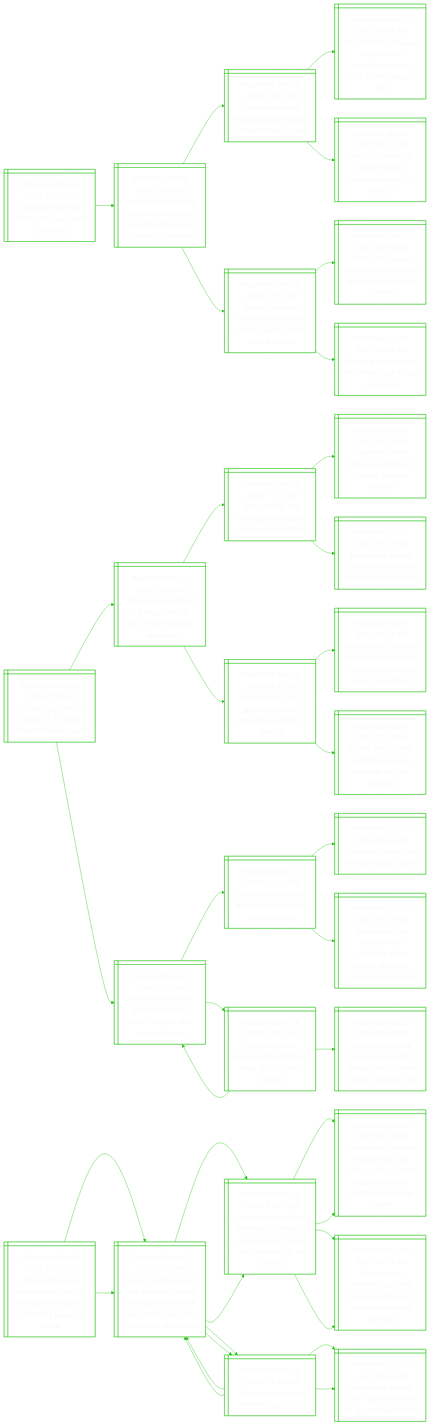
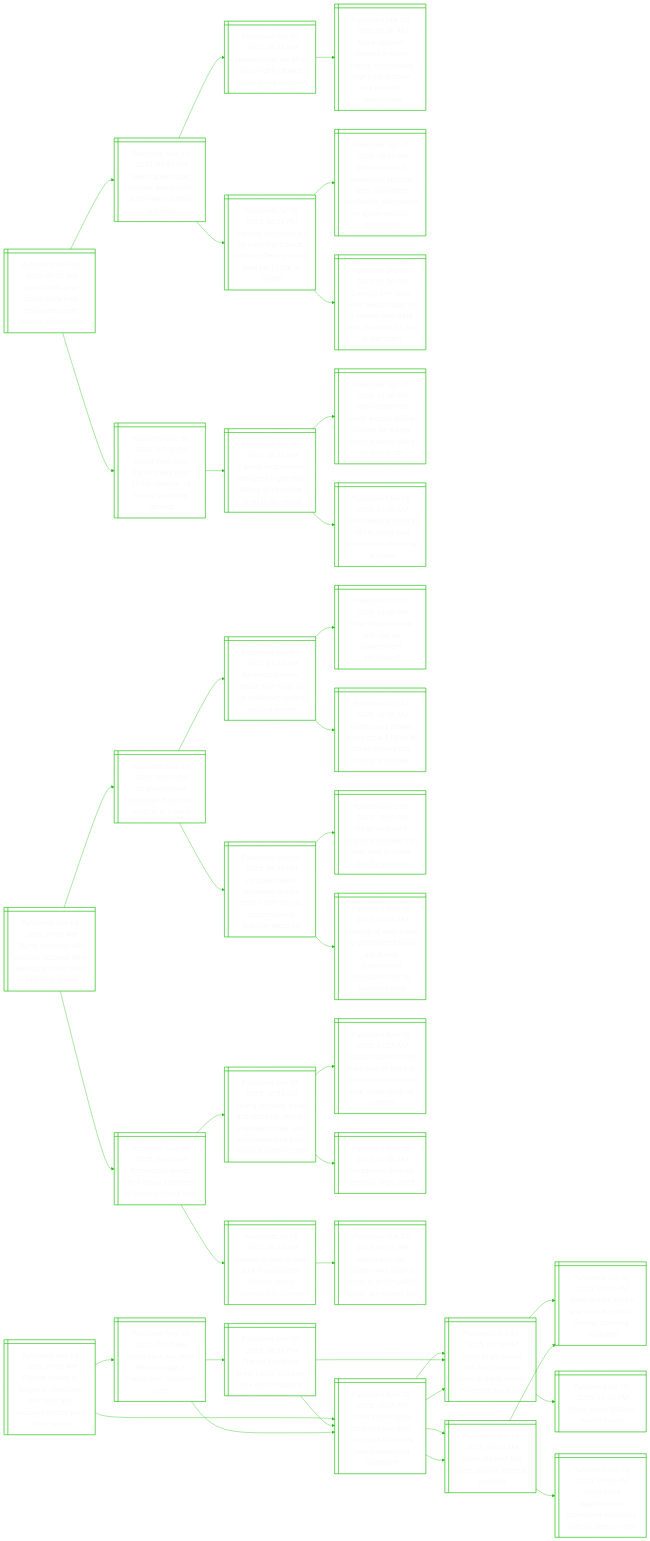
One commit to notJmes/notJmes changed the diagram in README.md. Above: the diagram before and after it, drawn with Mermaid. The commit also changed other lines of this file, not shown here.

````diff
--- a/README.md
+++ b/README.md
@@ -16,121 +16,127 @@
 flowchart LR
 classDef txtsize font-size:20px;
 
-Uinfogeir@{ shape: win-pane, label: "_Published Nov 06, 2025, 02:25 AM_
-Uk police manhunt for two wrongly freed prisoners" }
-Uialtyesfreols@{ shape: win-pane, label: "_Published Oct 25, 2025, 03:09 AM_
-Uk minister ‘appalled’ after asylum seeker sex offender is freed from jail by mistake" }
-Fesicnoitsa@{ shape: win-pane, label: "_Published Jun 19, 2025, 05:21 PM_
-France mulls over intercepting uk-bound migrant boats at sea" }
-UasuleonruoFee@{ shape: win-pane, label: "_Published May 12, 2025, 05:36 AM_
-Uk’s starmer steps up english tests, toughens migrant rules to halt farage’s rise" }
-Rdeednars@{ shape: win-pane, label: "_Published Mar 21, 2025, 05:41 PM_
-Record number of people died on migration routes in 2024: un" }
-BiartaoesiiIn@{ shape: win-pane, label: "_Published Oct 08, 2025, 07:17 AM_
-Britain’s starmer resists demands for more visas for high-skilled indians" }
-TtoeBealt@{ shape: win-pane, label: "_Published Sep 20, 2025, 04:36 AM_
-Trump to impose $130,000 fee for h-1b worker visas in blow to tech" }
-BiIsracidi@{ shape: win-pane, label: "_Published Jul 25, 2025, 06:54 AM_
-Britain and india sign free trade pact during modi visit" }
+GTAtsimerkna@{ shape: win-pane, label: "_Published Nov 06, 2025, 07:59 AM_
+‘grand theft auto’ studio says fired employees were leaking information" }
+TaUetdtmLnf@{ shape: win-pane, label: "_Published Aug 23, 2023, 09:49 PM_
+Teen hacked uber, revolut, grand theft auto maker, london jury finds" }
+Hrberlkdmo@{ shape: win-pane, label: "_Published Dec 03, 2022, 05:05 PM_
+Hackers may be after your highly ranked video game account" }
+Mheanscesputaaei@{ shape: win-pane, label: "_Published Mar 06, 2022, 05:00 AM_
+More children cheated in game scams; counsellors urge peer support and parental supervision" }
+GgRhptrhrrtdoco@{ shape: win-pane, label: "_Published Jul 10, 2023, 02:34 PM_
+Gaming firm razer hit by potential breach, hacker offering stolen data for $135k in crypto" }
+Droelzsrleodbcyut@{ shape: win-pane, label: "_Published Sep 15, 2020, 10:43 PM_
+Data breach of potentially 100,000 razer customers worldwide discovered by cyber-security consultant" }
+GgRwatnvrdeamm@{ shape: win-pane, label: "_Published Dec 09, 2022, 01:50 PM_
+Gaming firm razer wins lawsuit against it vendor over data leak, awarded $8.7m in damages" }
+GTArrsmsuard@{ shape: win-pane, label: "_Published Dec 06, 2023, 07:09 PM_
+Grand theft auto trailer soars past 100m views in 12 hours, smashes records" }
+tfuceGyloociV@{ shape: win-pane, label: "_Published Sep 20, 2023, 08:40 PM_
+2 teens face murder charges for gta-style killing of ex-police chief in las vegas" }
+Sdtlaoebrnudibir@{ shape: win-pane, label: "_Published Sep 15, 2023, 04:40 PM_
+‘she had limited value’: seattle officer probed for joking about student killed by police car" }
+Onnciituioae@{ shape: win-pane, label: "_Published May 12, 2023, 01:00 AM_
+One canadian police officer killed, two wounded in shooting at home" }
 
-Uinfogeir:::txtsize --> Uialtyesfreols:::txtsize
-Uialtyesfreols:::txtsize --> Fesicnoitsa:::txtsize
-Fesicnoitsa:::txtsize --> UasuleonruoFee:::txtsize
-Fesicnoitsa:::txtsize --> Rdeednars:::txtsize
-Uialtyesfreols:::txtsize --> BiartaoesiiIn:::txtsize
-BiartaoesiiIn:::txtsize --> TtoeBealt:::txtsize
-BiartaoesiiIn:::txtsize --> BiIsracidi:::txtsize
+GTAtsimerkna:::txtsize --> TaUetdtmLnf:::txtsize
+TaUetdtmLnf:::txtsize --> Hrberlkdmo:::txtsize
+Hrberlkdmo:::txtsize --> Mheanscesputaaei:::txtsize
+TaUetdtmLnf:::txtsize --> GgRhptrhrrtdoco:::txtsize
+GgRhptrhrrtdoco:::txtsize --> Droelzsrleodbcyut:::txtsize
+GgRhptrhrrtdoco:::txtsize --> GgRwatnvrdeamm:::txtsize
+GTAtsimerkna:::txtsize --> GTArrsmsuard:::txtsize
+GTArrsmsuard:::txtsize --> tfuceGyloociV:::txtsize
+tfuceGyloociV:::txtsize --> Sdtlaoebrnudibir:::txtsize
+tfuceGyloociV:::txtsize --> Onnciituioae:::txtsize
 
-Udeokllenz@{ shape: win-pane, label: "_Published Nov 06, 2025, 02:01 AM_
-Un road map seeks to crack $1.7 trillion climate finance puzzle" }
-WwvogmoneUn@{ shape: win-pane, label: "_Published Nov 04, 2025, 10:22 PM_
-World will overshoot 1.5 deg c climate goal in next decade, un warns" }
-Ntnosager@{ shape: win-pane, label: "_Published Oct 13, 2025, 11:10 AM_
-Not nothing, not enough: is the paris agreement working?" }
-Smhotanrmor@{ shape: win-pane, label: "_Published Oct 09, 2025, 10:31 AM_
-September third-hottest globally on record: climate monitor" }
-Ranghsocne@{ shape: win-pane, label: "_Published Oct 07, 2025, 01:21 PM_
-Renewable energy growth slows due to policy changes: report" }
-Cpghgdois@{ shape: win-pane, label: "_Published Sep 25, 2025, 04:57 AM_
-China plans 7-10% greenhouse gas reduction by 2035, xi tells un" }
-OftholnCcttvr@{ shape: win-pane, label: "_Published Sep 18, 2025, 03:10 AM_
-Only 40% of countries have booked lodging for cop30 un climate meet in november" }
-TtUtaastogl@{ shape: win-pane, label: "_Published Sep 24, 2025, 12:17 AM_
-Trump tells un that climate change is ‘greatest con job’ globally" }
-DonnslOmeifn@{ shape: win-pane, label: "_Published Nov 24, 2024, 06:55 AM_
-Developing nations blast $404 billion cop29 climate deal as insufficient" }
-wedtnrcia@{ shape: win-pane, label: "_Published Nov 07, 2024, 11:17 AM_
-2024 will be world’s hottest on record, eu scientists say" }
-SlWoaaP@{ shape: win-pane, label: "_Published Nov 02, 2024, 05:00 AM_
-St explains: what’s on the agenda at cop29?" }
-TsbchioUdetne@{ shape: win-pane, label: "_Published Nov 06, 2024, 07:37 AM_
-Trump set to be elected 47th president of the united states in stunning comeback" }
-Cifclchetsg@{ shape: win-pane, label: "_Published Nov 24, 2024, 07:32 AM_
-Cop29 climate finance deal clinched: what are countries saying?" }
-DonnslOmeifn@{ shape: win-pane, label: "_Published Nov 24, 2024, 06:55 AM_
-Developing nations blast $404 billion cop29 climate deal as insufficient" }
-Whnsrnctllse@{ shape: win-pane, label: "_Published Nov 23, 2024, 02:28 PM_
-Wealthy countries back raising cop29 climate deal to $404 billion, sources say" }
-
-Udeokllenz:::txtsize --> WwvogmoneUn:::txtsize
-WwvogmoneUn:::txtsize --> Ntnosager:::txtsize
-Ntnosager:::txtsize --> Smhotanrmor:::txtsize
-Ntnosager:::txtsize --> Ranghsocne:::txtsize
-WwvogmoneUn:::txtsize --> Cpghgdois:::txtsize
-Cpghgdois:::txtsize --> OftholnCcttvr:::txtsize
-Cpghgdois:::txtsize --> TtUtaastogl:::txtsize
-Udeokllenz:::txtsize --> DonnslOmeifn:::txtsize
-DonnslOmeifn:::txtsize --> wedtnrcia:::txtsize
-wedtnrcia:::txtsize --> SlWoaaP:::txtsize
-wedtnrcia:::txtsize --> TsbchioUdetne:::txtsize
-DonnslOmeifn:::txtsize --> Cifclchetsg:::txtsize
-Cifclchetsg:::txtsize --> DonnslOmeifn:::txtsize
-Cifclchetsg:::txtsize --> Whnsrnctllse:::txtsize
-
-Znaciippfiiirh@{ shape: win-pane, label: "_Published Nov 06, 2025, 01:25 AM_
-Zohran mamdani victory in us fires up europe’s left against right-wing surge at home" }
-YMmnoihaiYilehpea@{ shape: win-pane, label: "_Published Nov 05, 2025, 10:55 AM_
-Young, muslim, asian and socialist: zohran mamdani’s new york win challenges both trump and democrats" }
-YMmimociYaoauoc@{ shape: win-pane, label: "_Published Nov 05, 2025, 01:27 AM_
-Young muslim leftist mamdani on track to win new york mayor vote, shaking up us politics" }
-TbCttousoscolsdsr@{ shape: win-pane, label: "_Published Nov 04, 2025, 07:15 AM_
-Trump backs cuomo, threatens to cut funds as new yorkers expected to pick leftist mamdani as mayor" }
-OcMniagaekren@{ shape: win-pane, label: "_Published Nov 02, 2025, 06:21 AM_
-Obama calls mamdani, praises campaign ahead of new york mayoral election" }
-Twreig@{ shape: win-pane, label: "_Published Nov 05, 2025, 10:50 AM_
-Takeaways from us election night 2025" }
-YMmnoihaiYilehpea@{ shape: win-pane, label: "_Published Nov 05, 2025, 10:55 AM_
-Young, muslim, asian and socialist: zohran mamdani’s new york win challenges both trump and democrats" }
+Tgltilatmteror@{ shape: win-pane, label: "_Published Nov 06, 2025, 07:58 AM_
+Trump grapples with political setback after democrats ride voter fury over prices" }
+Uentbegno@{ shape: win-pane, label: "_Published Nov 05, 2025, 02:27 PM_
+Us government shutdown becomes longest in history" }
+AcobeaSdnsdh@{ shape: win-pane, label: "_Published Nov 01, 2025, 01:34 AM_
+Americans worry about next meal as us shutdown enters second month" }
+Waswhomhw@{ shape: win-pane, label: "_Published Oct 01, 2025, 04:42 PM_
+What happens next with the us government shutdown?" }
+Tsrermvlyuso@{ shape: win-pane, label: "_Published Oct 24, 2025, 06:18 AM_
+Trump says private donor gave $160m to cover military pay during shutdown" }
+Uentesraosactt@{ shape: win-pane, label: "_Published Nov 04, 2025, 08:47 PM_
+Us government shutdown enters record 35th day as congressional inaction takes toll" }
+Ueniunmaayat@{ shape: win-pane, label: "_Published Oct 01, 2025, 12:02 PM_
+Us government begins shutdown that may lead to mass layoffs and cuts" }
+MoAcoedaromhwmirn@{ shape: win-pane, label: "_Published Nov 04, 2025, 10:30 AM_
+Millions of americans to get reduced food aid during government shutdown: trump administration" }
 Drwialosdp@{ shape: win-pane, label: "_Published Nov 05, 2025, 09:46 AM_
 Democrats sweep first major elections of second trump term" }
 YMmnoihaiYilehpea@{ shape: win-pane, label: "_Published Nov 05, 2025, 10:55 AM_
 Young, muslim, asian and socialist: zohran mamdani’s new york win challenges both trump and democrats" }
 YMmimociYaoauoc@{ shape: win-pane, label: "_Published Nov 05, 2025, 01:27 AM_
 Young muslim leftist mamdani on track to win new york mayor vote, shaking up us politics" }
-TbCttousoscolsdsr@{ shape: win-pane, label: "_Published Nov 04, 2025, 07:15 AM_
-Trump backs cuomo, threatens to cut funds as new yorkers expected to pick leftist mamdani as mayor" }
-OcMniagaekren@{ shape: win-pane, label: "_Published Nov 02, 2025, 06:21 AM_
-Obama calls mamdani, praises campaign ahead of new york mayoral election" }
 Twreig@{ shape: win-pane, label: "_Published Nov 05, 2025, 10:50 AM_
 Takeaways from us election night 2025" }
-YMmnoihaiYilehpea@{ shape: win-pane, label: "_Published Nov 05, 2025, 10:55 AM_
-Young, muslim, asian and socialist: zohran mamdani’s new york win challenges both trump and democrats" }
-Drwialosdp@{ shape: win-pane, label: "_Published Nov 05, 2025, 09:46 AM_
-Democrats sweep first major elections of second trump term" }
+Ctywmaeiseary@{ shape: win-pane, label: "_Published Jul 15, 2025, 06:24 AM_
+Cuomo to stay in new york mayoral race despite losing democratic primary" }
+MnCankgnsodty@{ shape: win-pane, label: "_Published Jun 27, 2025, 06:16 PM_
+Mamdani’s nyc primary win sparks surge in anti-muslim posts, advocates say" }
 
-Znaciippfiiirh:::txtsize --> YMmnoihaiYilehpea:::txtsize
+Tgltilatmteror:::txtsize --> Uentbegno:::txtsize
+Uentbegno:::txtsize --> AcobeaSdnsdh:::txtsize
+AcobeaSdnsdh:::txtsize --> Waswhomhw:::txtsize
+AcobeaSdnsdh:::txtsize --> Tsrermvlyuso:::txtsize
+Uentbegno:::txtsize --> Uentesraosactt:::txtsize
+Uentesraosactt:::txtsize --> Ueniunmaayat:::txtsize
+Uentesraosactt:::txtsize --> MoAcoedaromhwmirn:::txtsize
+Tgltilatmteror:::txtsize --> Drwialosdp:::txtsize
+Drwialosdp:::txtsize --> YMmnoihaiYilehpea:::txtsize
 YMmnoihaiYilehpea:::txtsize --> YMmimociYaoauoc:::txtsize
-YMmimociYaoauoc:::txtsize --> TbCttousoscolsdsr:::txtsize
-YMmimociYaoauoc:::txtsize --> OcMniagaekren:::txtsize
 YMmnoihaiYilehpea:::txtsize --> Twreig:::txtsize
-Twreig:::txtsize --> YMmnoihaiYilehpea:::txtsize
-Twreig:::txtsize --> Drwialosdp:::txtsize
-Znaciippfiiirh:::txtsize --> YMmnoihaiYilehpea:::txtsize
-YMmnoihaiYilehpea:::txtsize --> YMmimociYaoauoc:::txtsize
-YMmimociYaoauoc:::txtsize --> TbCttousoscolsdsr:::txtsize
-YMmimociYaoauoc:::txtsize --> OcMniagaekren:::txtsize
-YMmnoihaiYilehpea:::txtsize --> Twreig:::txtsize
-Twreig:::txtsize --> YMmnoihaiYilehpea:::txtsize
-Twreig:::txtsize --> Drwialosdp:::txtsize
+Drwialosdp:::txtsize --> Ctywmaeiseary:::txtsize
+Ctywmaeiseary:::txtsize --> MnCankgnsodty:::txtsize
+
+FessSoelwnairn@{ shape: win-pane, label: "_Published Nov 06, 2025, 07:32 AM_
+France moves to suspend shein over sex dolls and weapons on day paris store opens" }
+CsnsdsloeoFhhoi@{ shape: win-pane, label: "_Published Nov 02, 2025, 10:16 PM_
+China’s shein pulls child-like sex dolls from sale following french watchdog complaint" }
+SthirylerNsba@{ shape: win-pane, label: "_Published Oct 31, 2025, 09:19 PM_
+Shein to go ahead with first physical store, in paris, on nov 5 despite backlash" }
+Seskmrirsich@{ shape: win-pane, label: "_Published Oct 02, 2025, 05:53 PM_
+Shein enters bricks-and-mortar retail in france, sparking backlash" }
+Sfmin@{ shape: win-pane, label: "_Published Jul 10, 2025, 11:43 PM_
+Shein faces $200m fine in france" }
+Shtfbsrol@{ shape: win-pane, label: "_Published Oct 10, 2025, 08:00 AM_
+Shein, hit with big fines, boosts internal controls" }
+Seskmrirsich@{ shape: win-pane, label: "_Published Oct 02, 2025, 05:53 PM_
+Shein enters bricks-and-mortar retail in france, sparking backlash" }
+TlgsSbiite@{ shape: win-pane, label: "_Published Sep 09, 2025, 09:43 AM_
+Temu plots aggressive us comeback with price cuts as deep as 60%" }
+Sbelerncrdo@{ shape: win-pane, label: "_Published Nov 04, 2025, 07:05 AM_
+Shein bans sex dolls after outrage in france over ‘childlike’ ones" }
+FeaSbclelp@{ shape: win-pane, label: "_Published Nov 03, 2025, 08:50 PM_
+France threatens shein ban if ‘childlike’ sex dolls reappear" }
+CsnsdsloeoFhhoi@{ shape: win-pane, label: "_Published Nov 02, 2025, 10:16 PM_
+China’s shein pulls child-like sex dolls from sale following french watchdog complaint" }
+SthirylerNsba@{ shape: win-pane, label: "_Published Oct 31, 2025, 09:19 PM_
+Shein to go ahead with first physical store, in paris, on nov 5 despite backlash" }
+CsnsdsloeoFhhoi@{ shape: win-pane, label: "_Published Nov 02, 2025, 10:16 PM_
+China’s shein pulls child-like sex dolls from sale following french watchdog complaint" }
+SthirylerNsba@{ shape: win-pane, label: "_Published Oct 31, 2025, 09:19 PM_
+Shein to go ahead with first physical store, in paris, on nov 5 despite backlash" }
+Shtfbsrol@{ shape: win-pane, label: "_Published Oct 10, 2025, 08:00 AM_
+Shein, hit with big fines, boosts internal controls" }
+
+FessSoelwnairn:::txtsize --> CsnsdsloeoFhhoi:::txtsize
+CsnsdsloeoFhhoi:::txtsize --> SthirylerNsba:::txtsize
+SthirylerNsba:::txtsize --> Seskmrirsich:::txtsize
+SthirylerNsba:::txtsize --> Sfmin:::txtsize
+CsnsdsloeoFhhoi:::txtsize --> Shtfbsrol:::txtsize
+Shtfbsrol:::txtsize --> Seskmrirsich:::txtsize
+Shtfbsrol:::txtsize --> TlgsSbiite:::txtsize
+FessSoelwnairn:::txtsize --> Sbelerncrdo:::txtsize
+Sbelerncrdo:::txtsize --> FeaSbclelp:::txtsize
+FeaSbclelp:::txtsize --> CsnsdsloeoFhhoi:::txtsize
+FeaSbclelp:::txtsize --> SthirylerNsba:::txtsize
+Sbelerncrdo:::txtsize --> CsnsdsloeoFhhoi:::txtsize
+CsnsdsloeoFhhoi:::txtsize --> SthirylerNsba:::txtsize
+CsnsdsloeoFhhoi:::txtsize --> Shtfbsrol:::txtsize
 
 ```
````
